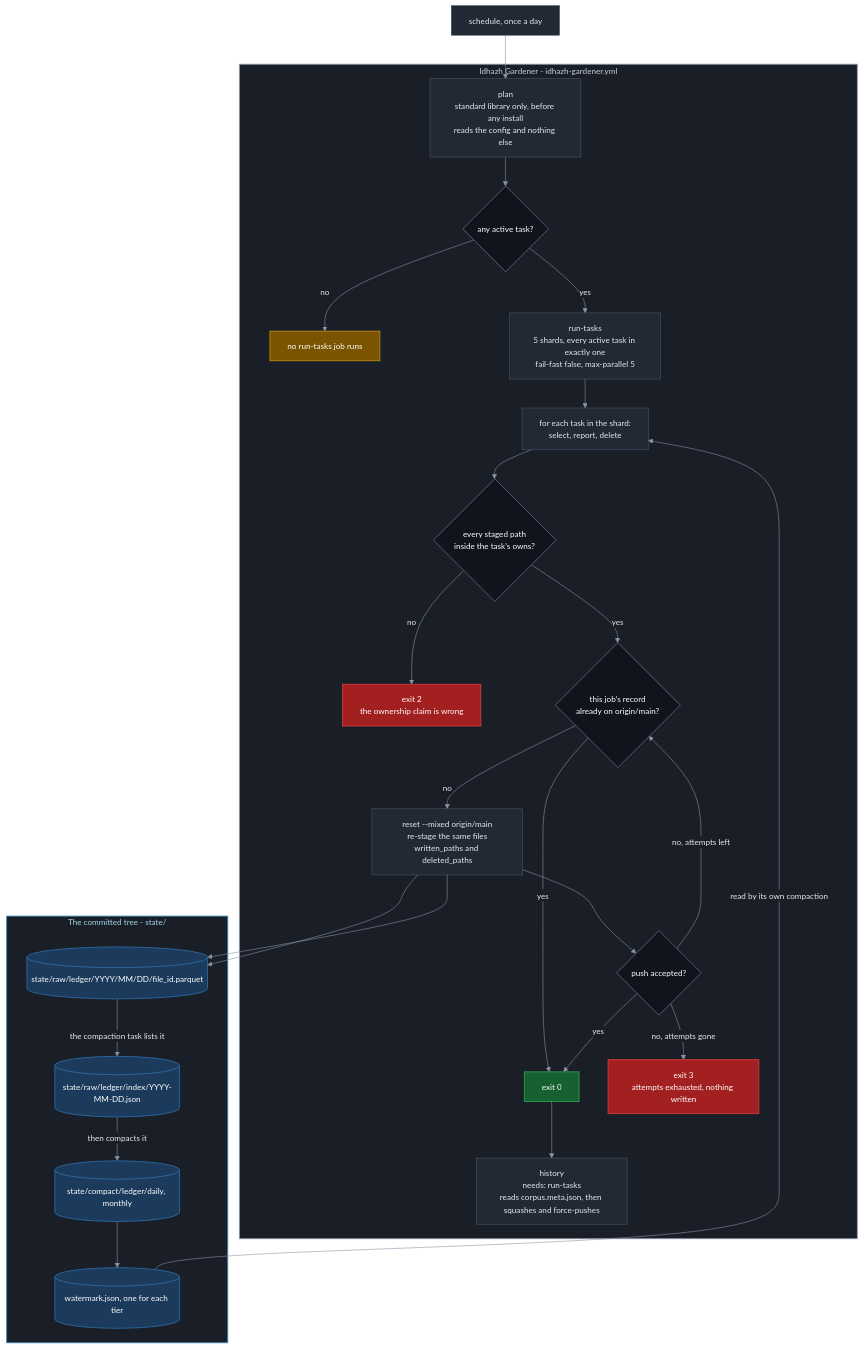
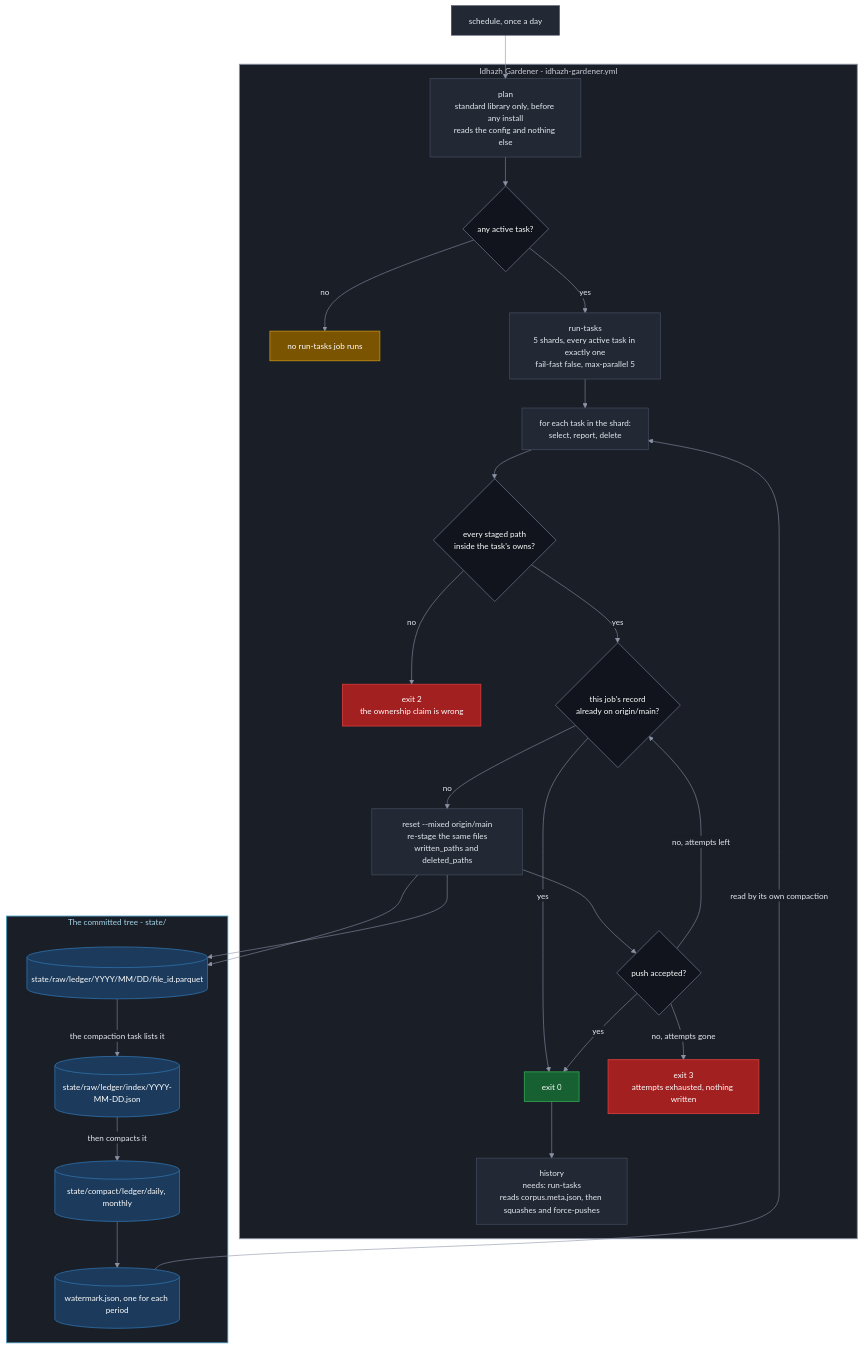
One commit to miztiik/yen-idhazh changed the first of 2 diagrams in TODO/20260924-50-idhazh-gardener-plan.md. Above: the diagram before and after it, drawn with Mermaid. The commit also changed other lines of this file, not shown here.

````diff
--- a/TODO/20260924-50-idhazh-gardener-plan.md
+++ b/TODO/20260924-50-idhazh-gardener-plan.md
@@ -171,68 +171,68 @@
 ```mermaid
 %%{init: {"theme": "base", "themeVariables": {"background": "#0f1117", "primaryColor": "#222834", "primaryTextColor": "#e6e9f0", "primaryBorderColor": "#4b5468", "lineColor": "#8b93a7", "textColor": "#e6e9f0", "clusterBkg": "#1a1e27", "clusterBorder": "#3a4254", "titleColor": "#e6e9f0", "edgeLabelBackground": "#1a1e27", "fontSize": "14px"}}}%%
 flowchart TB
   CRON["schedule, once a day"]
 
   subgraph OPS["Idhazh Gardener - idhazh-gardener.yml"]
     PLAN["plan<br/>standard library only, before any install<br/>reads the config and nothing else"]
     ANY{"any active task?"}
     IDLE["no run-tasks job runs"]
     TEND["run-tasks<br/>5 shards, every active task in exactly one<br/>fail-fast false, max-parallel 5"]
     RUN["for each task in the shard:<br/>select, report, delete"]
     OWNED{"every staged path<br/>inside the task's owns?"}
     OUTSIDE["exit 2<br/>the ownership claim is wrong"]
     LANDED{"this job's record<br/>already on origin/main?"}
     REAPPLY["reset --mixed origin/main<br/>re-stage the same files<br/>written_paths and deleted_paths"]
     PUSHED{"push accepted?"}
     OK["exit 0"]
     LOST["exit 3<br/>attempts exhausted, nothing written"]
     HIST["history<br/>needs: run-tasks<br/>reads corpus.meta.json, then squashes and force-pushes"]
   end
 
   subgraph TREE["The committed tree - state/"]
     RAW[("state/raw/ledger/YYYY/MM/DD/file_id.parquet")]
     RIDX[("state/raw/ledger/index/YYYY-MM-DD.json")]
     COMPACT[("state/compact/ledger/daily, monthly")]
-    WM[("watermark.json, one for each tier")]
+    WM[("watermark.json, one for each period")]
   end
 
   CRON --> PLAN
   PLAN --> ANY
   ANY -->|"no"| IDLE
   ANY -->|"yes"| TEND
   TEND --> RUN
   RUN --> OWNED
   OWNED -->|"no"| OUTSIDE
   OWNED -->|"yes"| LANDED
   LANDED -->|"yes"| OK
   LANDED -->|"no"| REAPPLY
   REAPPLY --> RAW
   REAPPLY --> PUSHED
   PUSHED -->|"yes"| OK
   PUSHED -->|"no, attempts left"| LANDED
   PUSHED -->|"no, attempts gone"| LOST
   OK --> HIST
   WM -->|"read by its own compaction"| RUN
   REAPPLY --> RAW
   RAW -->|"the compaction task lists it"| RIDX
   RIDX -->|"then compacts it"| COMPACT
   COMPACT --> WM
 
   classDef stage fill:#222834,stroke:#4b5468,stroke-width:1px,color:#e6e9f0;
   classDef decision fill:#11141c,stroke:#5b6477,stroke-width:1.5px,color:#ffffff;
   classDef yes fill:#176032,stroke:#2ea04f,stroke-width:1.5px,color:#ffffff;
   classDef no fill:#a32020,stroke:#d23b3b,stroke-width:1.5px,color:#ffffff;
   classDef warn fill:#7a5400,stroke:#c08a12,stroke-width:1.5px,color:#ffffff;
   classDef ledger fill:#1b3a5c,stroke:#2d6ca3,stroke-width:1.5px,color:#ffffff;
   classDef sysOps fill:#1a1e27,stroke:#8b93a7,stroke-width:1.5px,color:#c8cdd8;
   classDef sysPublish fill:#1a1e27,stroke:#3f8fb8,stroke-width:1.5px,color:#a5d6ea;
 
   class CRON,PLAN,TEND,RUN,REAPPLY,HIST stage;
   class ANY,OWNED,LANDED,PUSHED decision;
   class OK yes;
   class OUTSIDE,LOST no;
   class IDLE warn;
   class RAW,COMPACT,RIDX,WM ledger;
   class OPS sysOps;
   class TREE sysPublish;
 ```
````
